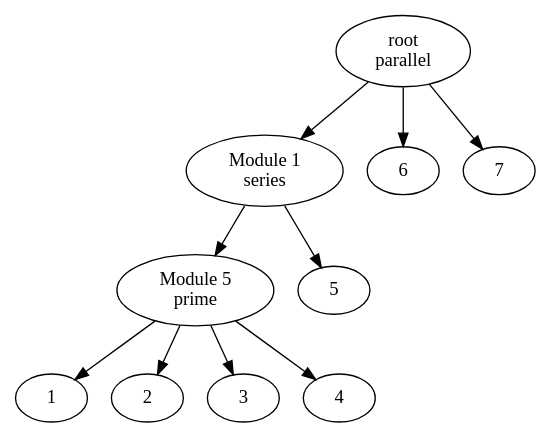
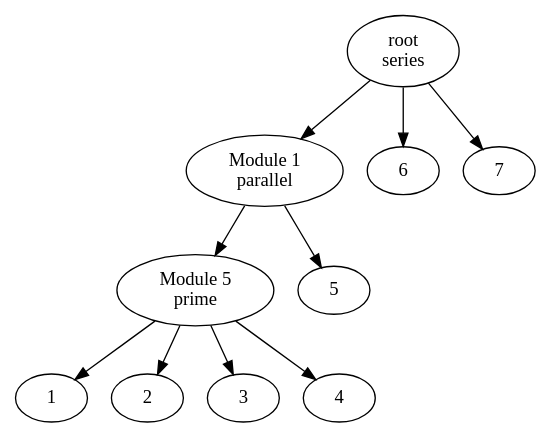
The diagram in Paper/Graph5.dot (MrBoboGet/BachelorThesis), drawn with Graphviz before and after one commit. The commit also changed 1 other file, not shown here.

```diff
--- a/Paper/Graph5.dot
+++ b/Paper/Graph5.dot
@@ -1,13 +1,13 @@
 digraph G
 {
-    root [label="\N\nparallel"]
-    "Module 1" [label="\N\nseries"]
+    root [label="\N\nseries"]
+    "Module 1" [label="\N\nparallel"]
     "Module 5" [label="\N\nprime"]
 
     root -> 6
     root -> "Module 1";
     root -> 7
     "Module 1" -> 5
     "Module 1" -> "Module 5";
     "Module 5" -> {1 2 3 4}
 }
```
